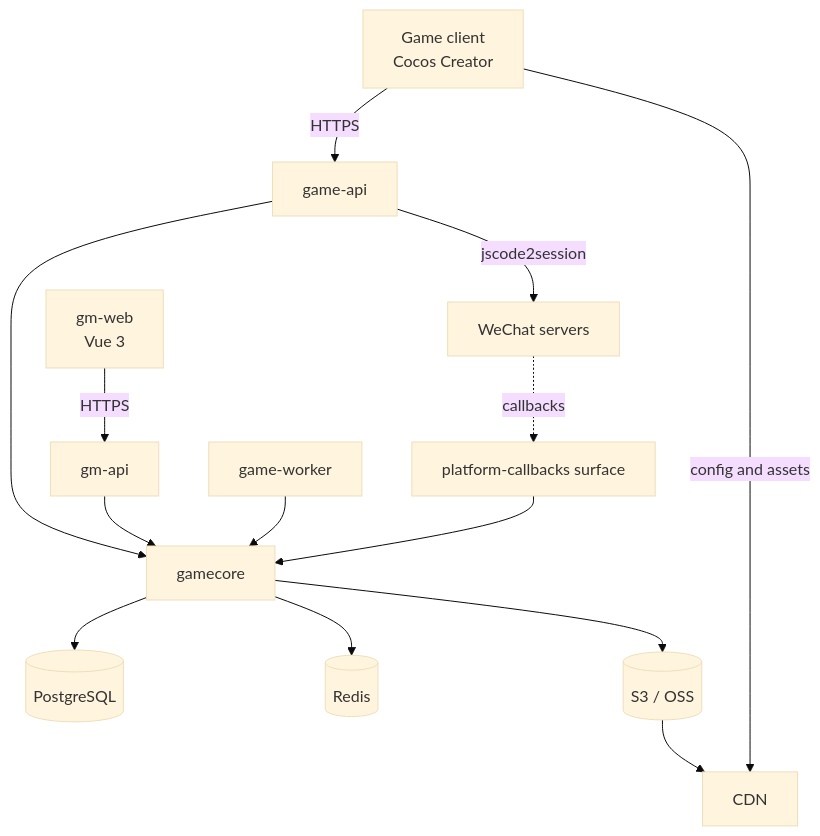
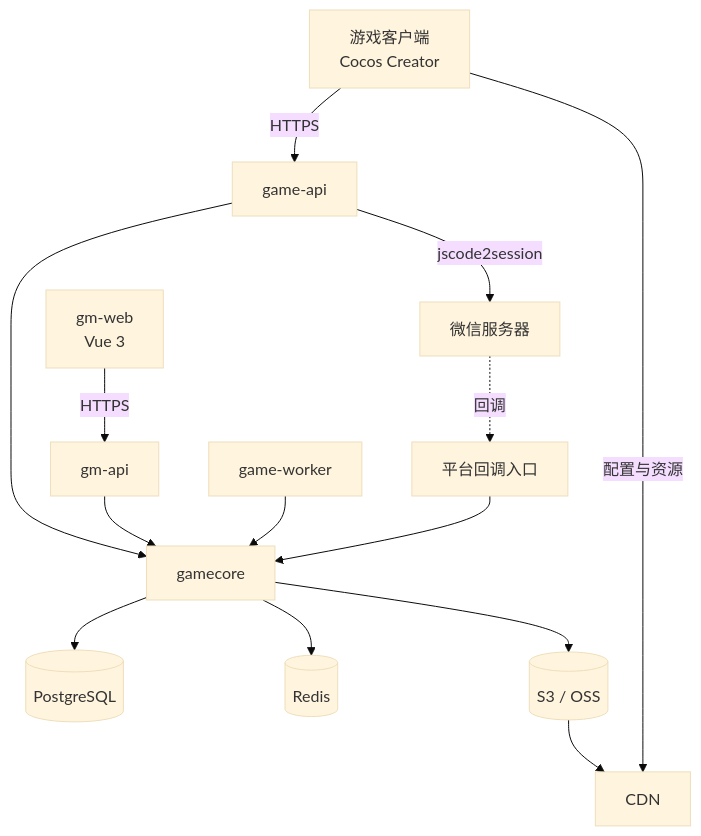
The first of 3 diagrams in docs/architecture/system-architecture.md (Sakuya1998/game-platform), drawn with Mermaid (base theme) before and after one commit. The commit also changed other lines of this file and 35 other files, not shown here.

````diff
--- a/docs/architecture/system-architecture.md
+++ b/docs/architecture/system-architecture.md
@@ -17,16 +17,16 @@
 ```mermaid
 flowchart TB
-  Client[Game client<br/>Cocos Creator] -->|HTTPS| GameAPI[game-api]
+  Client[游戏客户端<br/>Cocos Creator] -->|HTTPS| GameAPI[game-api]
   GMWeb[gm-web<br/>Vue 3] -->|HTTPS| GMAPI[gm-api]
-  WeChat[WeChat servers] -. callbacks .-> Callbacks[platform-callbacks surface]
+  WeChat[微信服务器] -. 回调 .-> Callbacks[平台回调入口]
   GameAPI --> Core[gamecore]
   GMAPI --> Core
   Worker[game-worker] --> Core
   Callbacks --> Core
   Core --> PG[(PostgreSQL)]
   Core --> Redis[(Redis)]
   Core --> S3[(S3 / OSS)]
   S3 --> CDN[CDN]
-  Client -->|config and assets| CDN
+  Client -->|配置与资源| CDN
   GameAPI -->|jscode2session| WeChat
 ```
````
